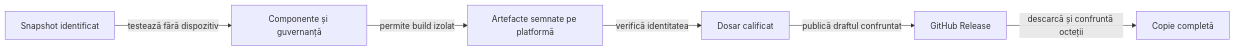
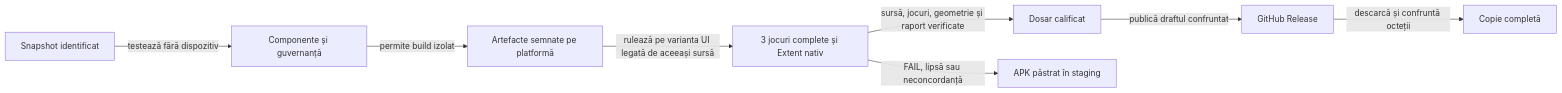
Before and after one commit to crististefanita/atf_j5: the diagram in docs/rentz/ATF_Release.md, drawn with Mermaid. The commit also changed other lines of this file and 6 other files, not shown here.

Commit message:
Require three complete games before APK promotion

````diff
--- a/docs/rentz/ATF_Release.md
+++ b/docs/rentz/ATF_Release.md
@@ -51,8 +51,10 @@
 ```mermaid
 flowchart LR
     SOURCE[Snapshot identificat] -->|testează fără dispozitiv| CHECK[Componente și guvernanță]
     CHECK -->|permite build izolat| ARTIFACT[Artefacte semnate pe platformă]
-    ARTIFACT -->|verifică identitatea| READY[Dosar calificat]
+    ARTIFACT -->|rulează pe varianta UI legată de aceeași sursă| UIE2E[3 jocuri complete și Extent nativ]
+    UIE2E -->|sursă, jocuri, geometrie și raport verificate| READY[Dosar calificat]
+    UIE2E -->|FAIL, lipsă sau neconcordanță| BLOCKED[APK păstrat în staging]
     READY -->|publică draftul confruntat| RELEASE[GitHub Release]
     RELEASE -->|descarcă și confruntă octeții| FILE[Copie completă]
 ```
````
